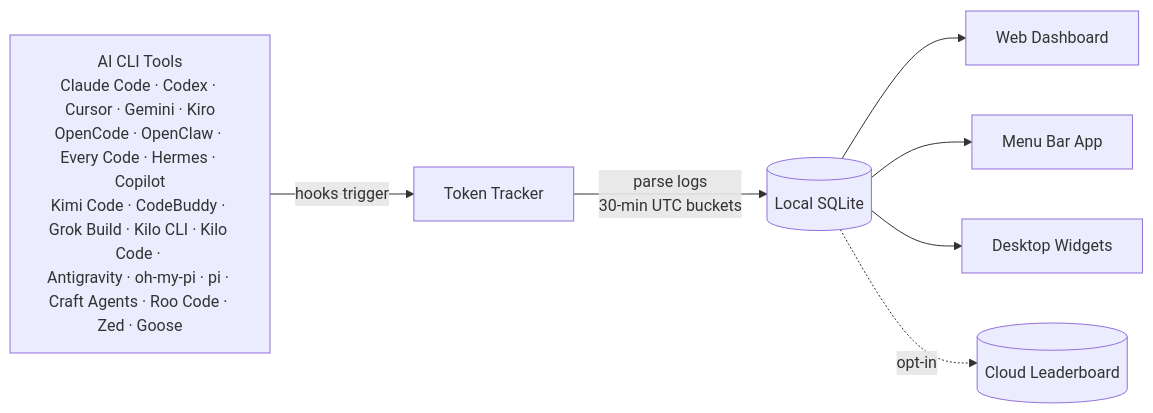
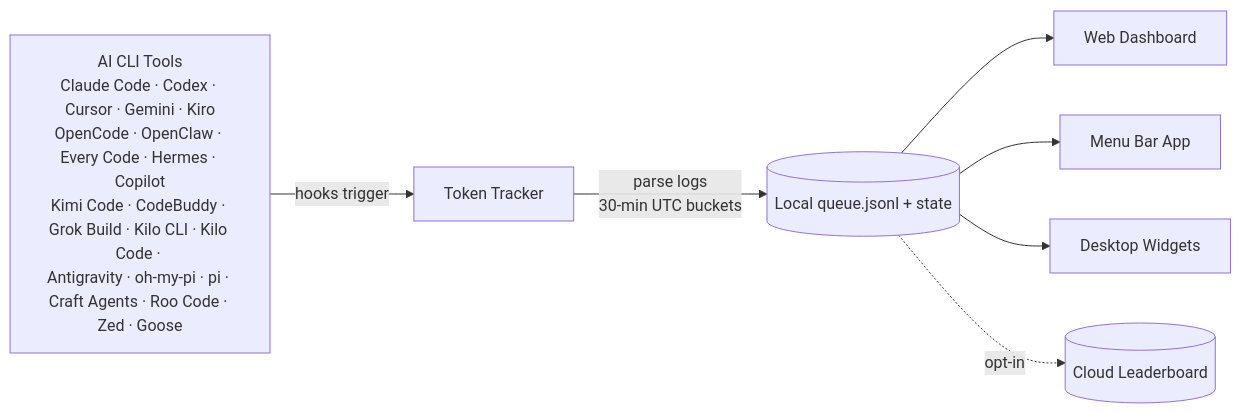
Before and after one commit to muxunson-9677/token-eyes: the diagram in README.md, drawn with Mermaid. The commit also changed other lines of this file and 375 other files, not shown here.

````diff
--- a/README.md
+++ b/README.md
@@ -217,10 +234,10 @@
 ```mermaid
 flowchart LR
     A["AI CLI Tools<br/>Claude Code · Codex · Cursor · Gemini · Kiro<br/>OpenCode · OpenClaw · Every Code · Hermes · Copilot<br/>Kimi Code · CodeBuddy · Grok Build · Kilo CLI · Kilo Code · <br/>Antigravity · oh-my-pi · pi · Craft Agents · Roo Code · Zed · Goose"]
     A -->|hooks trigger| B[Token Tracker]
-    B -->|parse logs<br/>30-min UTC buckets| C[(Local SQLite)]
+    B -->|parse logs<br/>30-min UTC buckets| C[(Local queue.jsonl + state)]
     C --> D[Web Dashboard]
     C --> E[Menu Bar App]
     C --> F[Desktop Widgets]
     C -.->|opt-in| G[(Cloud Leaderboard)]
 ```
````
